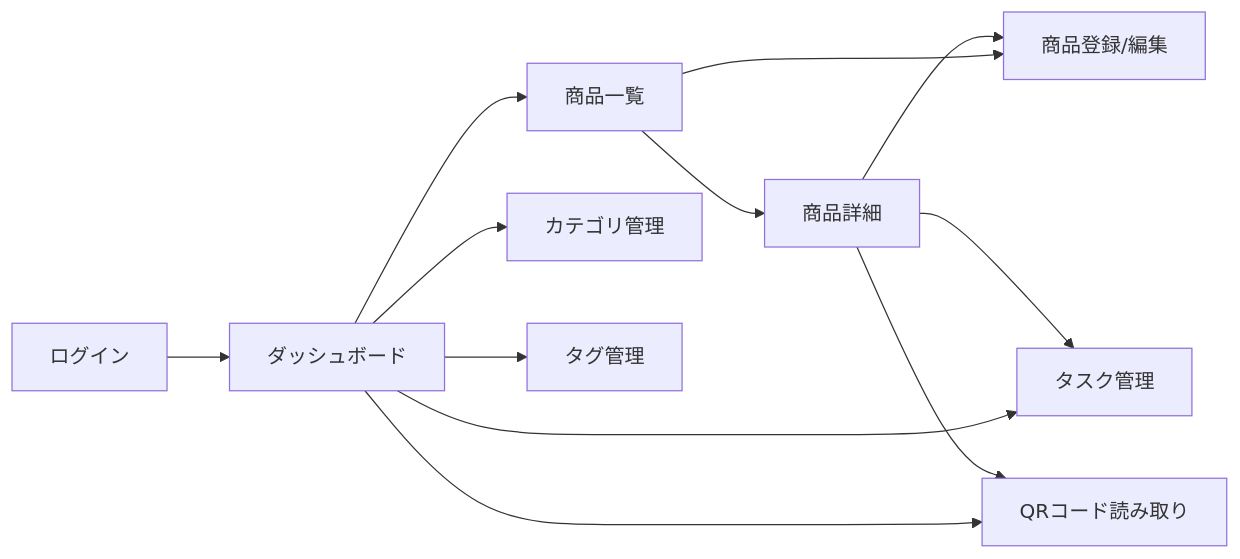
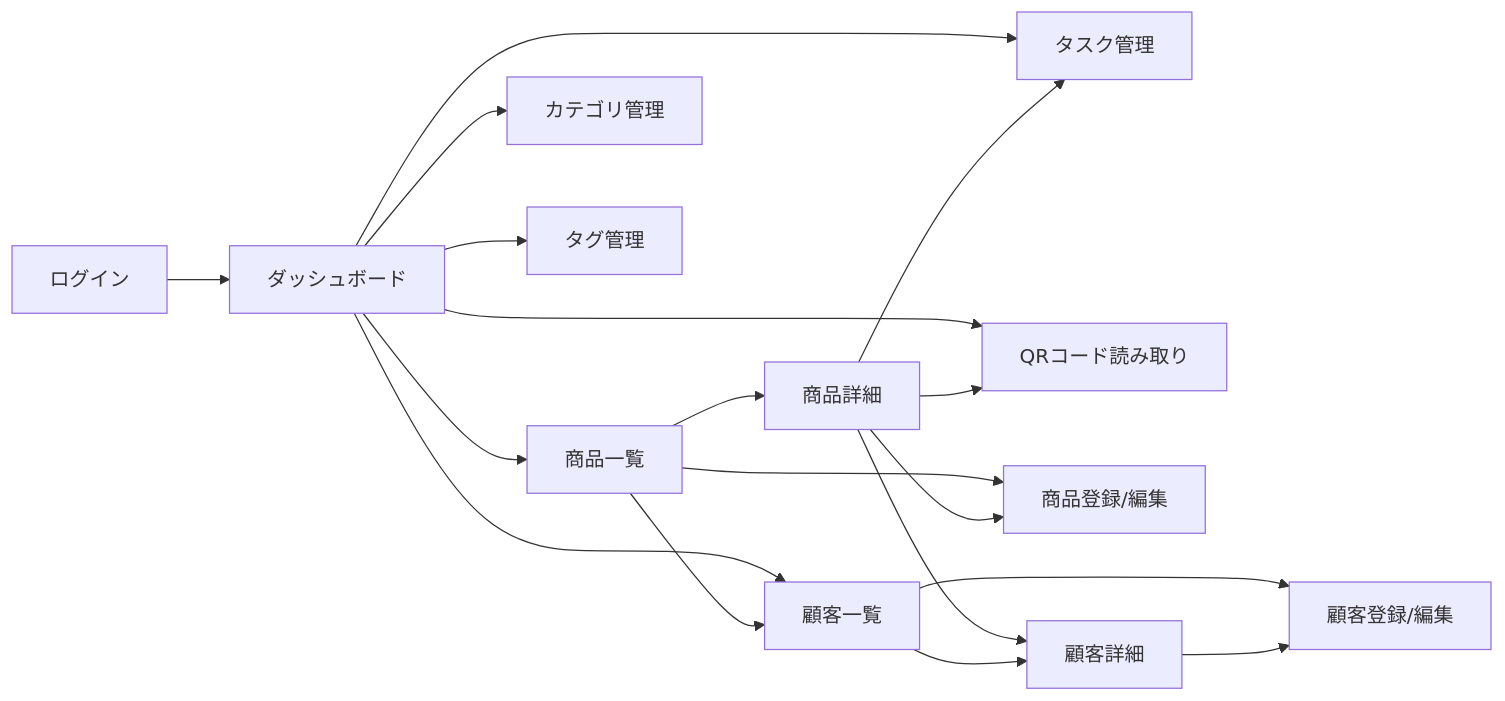
Before and after one commit to Cat5Dog2/Handmade_Item_Management: the second of 5 diagrams in docs/basic_design.md, drawn with Mermaid. The commit also changed other lines of this file and 14 other files, not shown here.

````diff
--- a/docs/basic_design.md
+++ b/docs/basic_design.md
@@ -184,14 +191,20 @@
 ```mermaid
 flowchart LR
     L[ログイン] --> D[ダッシュボード]
     D --> P[商品一覧]
     D --> T[タスク管理]
     D --> Q[QRコード読み取り]
     D --> C[カテゴリ管理]
     D --> G[タグ管理]
+    D --> CL[顧客一覧]
     P --> PD[商品詳細]
     P --> PE[商品登録/編集]
+    P --> CL
     PD --> PE
     PD --> T[タスク管理]
     PD --> Q[QRコード読み取り]
+    PD --> CD[顧客詳細]
+    CL --> CD
+    CL --> CE[顧客登録/編集]
+    CD --> CE
 ```
````
